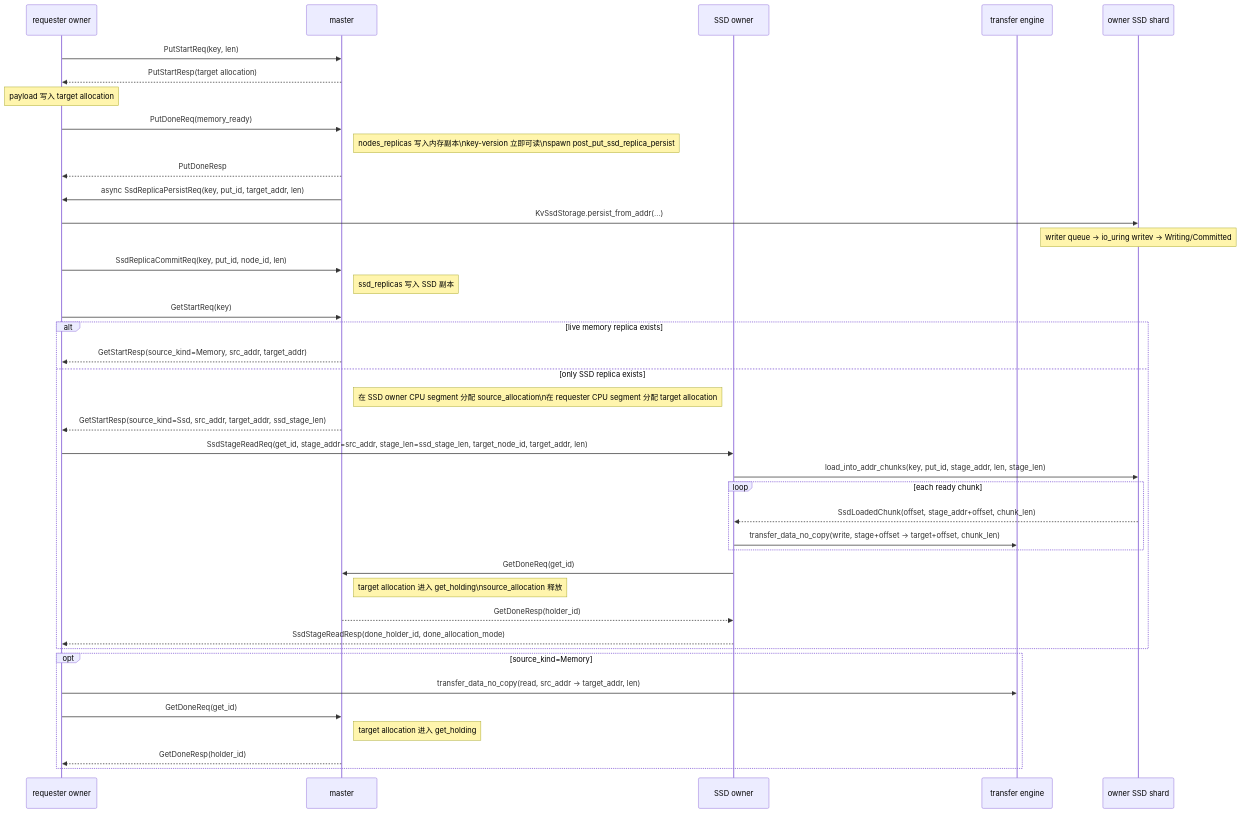
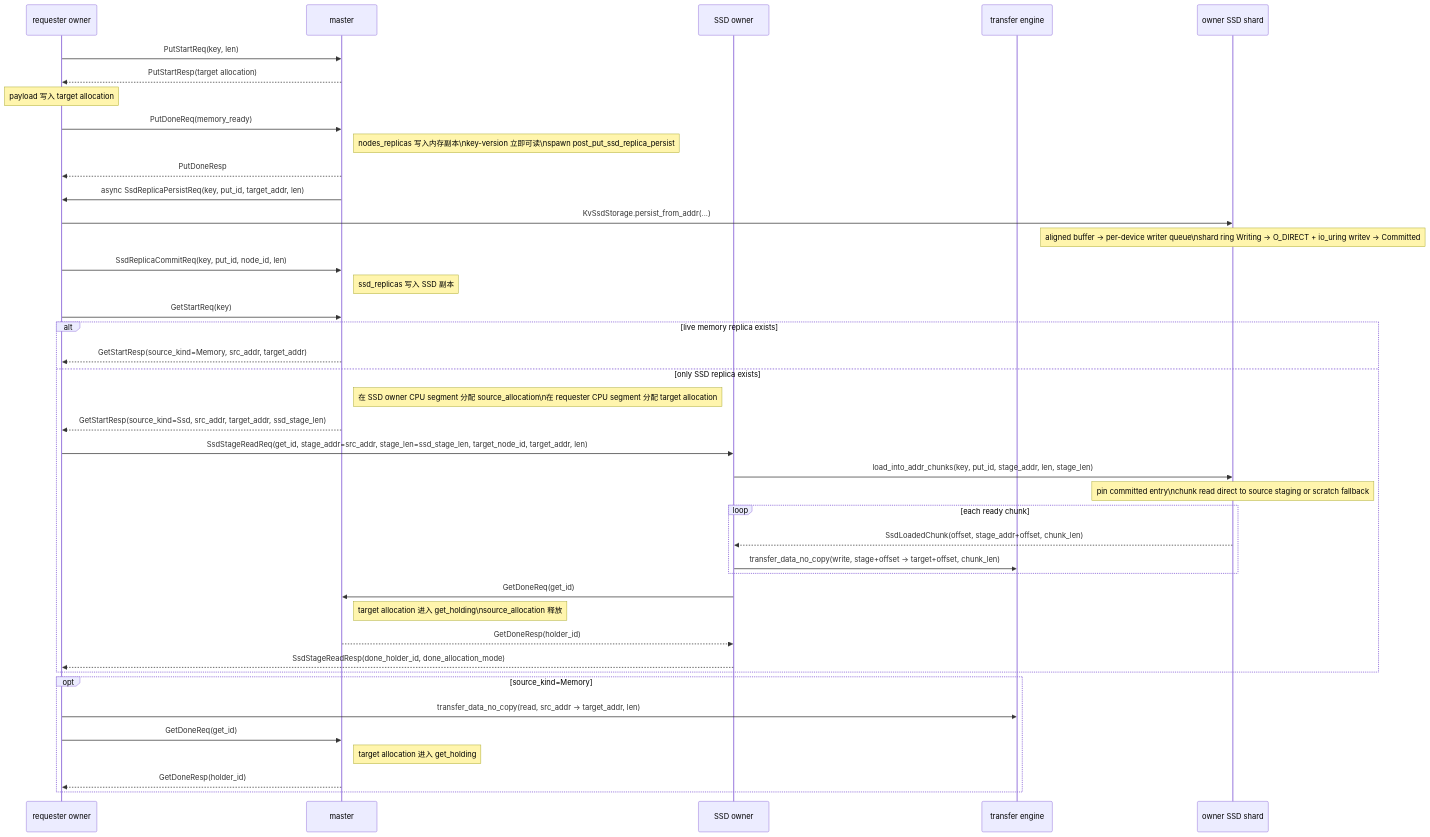
The second of 6 diagrams in fluxon_doc_cn/design/kv_5_SSD存储设计.md (Tele-AI/Fluxon), drawn with Mermaid before and after one commit. The commit also changed other lines of this file, not shown here.

Commit message:
docs: update SSD KV storage design

````diff
--- a/fluxon_doc_cn/design/kv_5_SSD存储设计.md
+++ b/fluxon_doc_cn/design/kv_5_SSD存储设计.md
@@ -79,44 +80,45 @@
 ```mermaid
 sequenceDiagram
     participant C as requester owner
     participant M as master
     participant SO as SSD owner
     participant TE as transfer engine
     participant SSD as owner SSD shard
 
     C->>M: PutStartReq(key, len)
     M-->>C: PutStartResp(target allocation)
     Note over C: payload 写入 target allocation
     C->>M: PutDoneReq(memory_ready)
     Note right of M: nodes_replicas 写入内存副本\nkey-version 立即可读\nspawn post_put_ssd_replica_persist
     M-->>C: PutDoneResp
     M->>C: async SsdReplicaPersistReq(key, put_id, target_addr, len)
     C->>SSD: KvSsdStorage.persist_from_addr(...)
-    Note over SSD: writer queue -> io_uring writev -> Writing/Committed
+    Note over SSD: aligned buffer -> per-device writer queue\nshard ring Writing -> O_DIRECT + io_uring writev -> Committed
     C->>M: SsdReplicaCommitReq(key, put_id, node_id, len)
     Note right of M: ssd_replicas 写入 SSD 副本
 
     C->>M: GetStartReq(key)
     alt live memory replica exists
         M-->>C: GetStartResp(source_kind=Memory, src_addr, target_addr)
     else only SSD replica exists
         Note right of M: 在 SSD owner CPU segment 分配 source_allocation\n在 requester CPU segment 分配 target allocation
         M-->>C: GetStartResp(source_kind=Ssd, src_addr, target_addr, ssd_stage_len)
         C->>SO: SsdStageReadReq(get_id, stage_addr=src_addr, stage_len=ssd_stage_len, target_node_id, target_addr, len)
         SO->>SSD: load_into_addr_chunks(key, put_id, stage_addr, len, stage_len)
+        Note over SSD: pin committed entry\nchunk read direct to source staging or scratch fallback
         loop each ready chunk
             SSD-->>SO: SsdLoadedChunk(offset, stage_addr+offset, chunk_len)
             SO->>TE: transfer_data_no_copy(write, stage+offset -> target+offset, chunk_len)
         end
         SO->>M: GetDoneReq(get_id)
         Note right of M: target allocation 进入 get_holding\nsource_allocation 释放
         M-->>SO: GetDoneResp(holder_id)
         SO-->>C: SsdStageReadResp(done_holder_id, done_allocation_mode)
     end
     opt source_kind=Memory
         C->>TE: transfer_data_no_copy(read, src_addr -> target_addr, len)
         C->>M: GetDoneReq(get_id)
         Note right of M: target allocation 进入 get_holding
         M-->>C: GetDoneResp(holder_id)
     end
 ```
````
